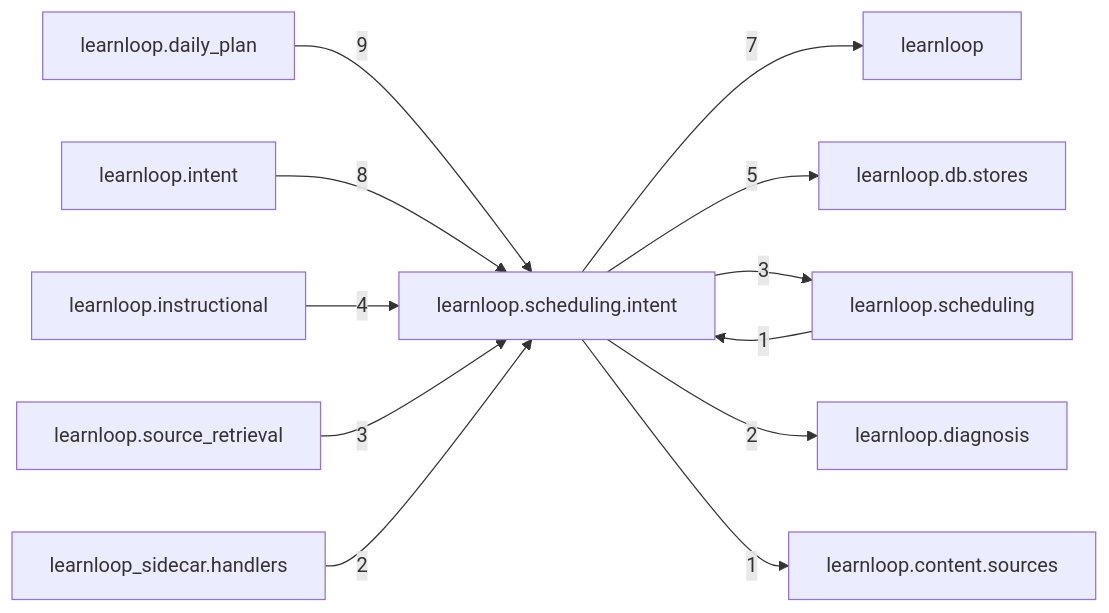
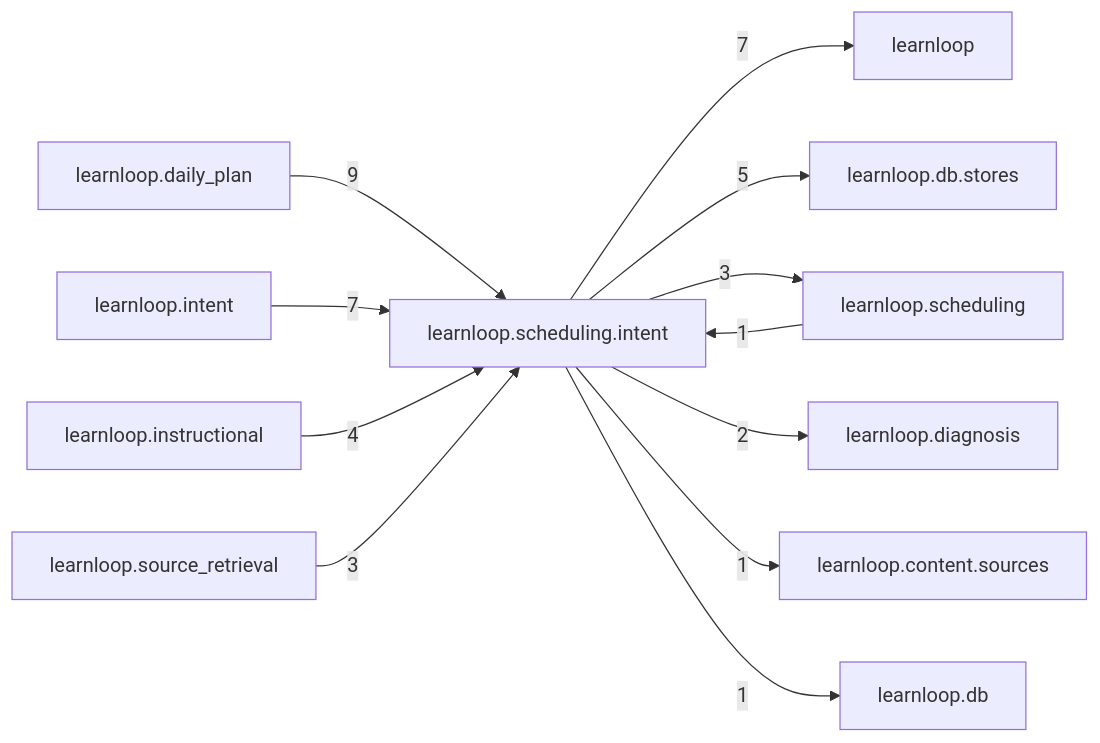
Before and after one commit to 6up-b/learnanything: the diagram in docs/learnloop-architecture-vault/Reference/Modules/learnloop/scheduling/intent/_package.md, drawn with Mermaid. The commit also changed other lines of this file and 109 other files, not shown here.

````diff
--- a/docs/learnloop-architecture-vault/Reference/Modules/learnloop/scheduling/intent/_package.md
+++ b/docs/learnloop-architecture-vault/Reference/Modules/learnloop/scheduling/intent/_package.md
@@ -84,25 +84,25 @@
 ```mermaid
 flowchart LR
     center["learnloop.scheduling.intent"]
     n_learnloop_daily_plan["learnloop.daily_plan"]
+    n_learnloop["learnloop"]
     n_learnloop_intent["learnloop.intent"]
-    n_learnloop["learnloop"]
     n_learnloop_db_stores["learnloop.db.stores"]
     n_learnloop_instructional["learnloop.instructional"]
     n_learnloop_scheduling["learnloop.scheduling"]
     n_learnloop_source_retrieval["learnloop.source_retrieval"]
     n_learnloop_diagnosis["learnloop.diagnosis"]
-    n_learnloop_sidecar_handlers["learnloop_sidecar.handlers"]
     n_learnloop_content_sources["learnloop.content.sources"]
+    n_learnloop_db["learnloop.db"]
     n_learnloop_daily_plan -->|9| center
-    n_learnloop_intent -->|8| center
     center -->|7| n_learnloop
+    n_learnloop_intent -->|7| center
     center -->|5| n_learnloop_db_stores
     n_learnloop_instructional -->|4| center
     n_learnloop_scheduling -->|1| center
     center -->|3| n_learnloop_scheduling
     n_learnloop_source_retrieval -->|3| center
     center -->|2| n_learnloop_diagnosis
-    n_learnloop_sidecar_handlers -->|2| center
     center -->|1| n_learnloop_content_sources
+    center -->|1| n_learnloop_db
 ```
````
